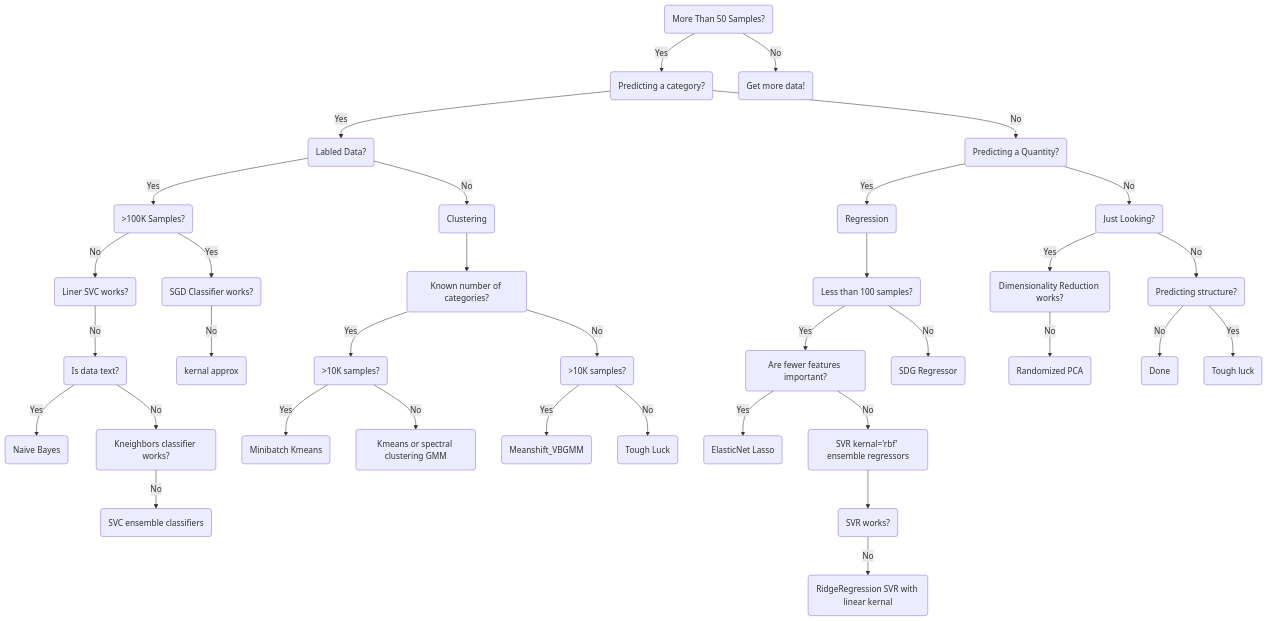
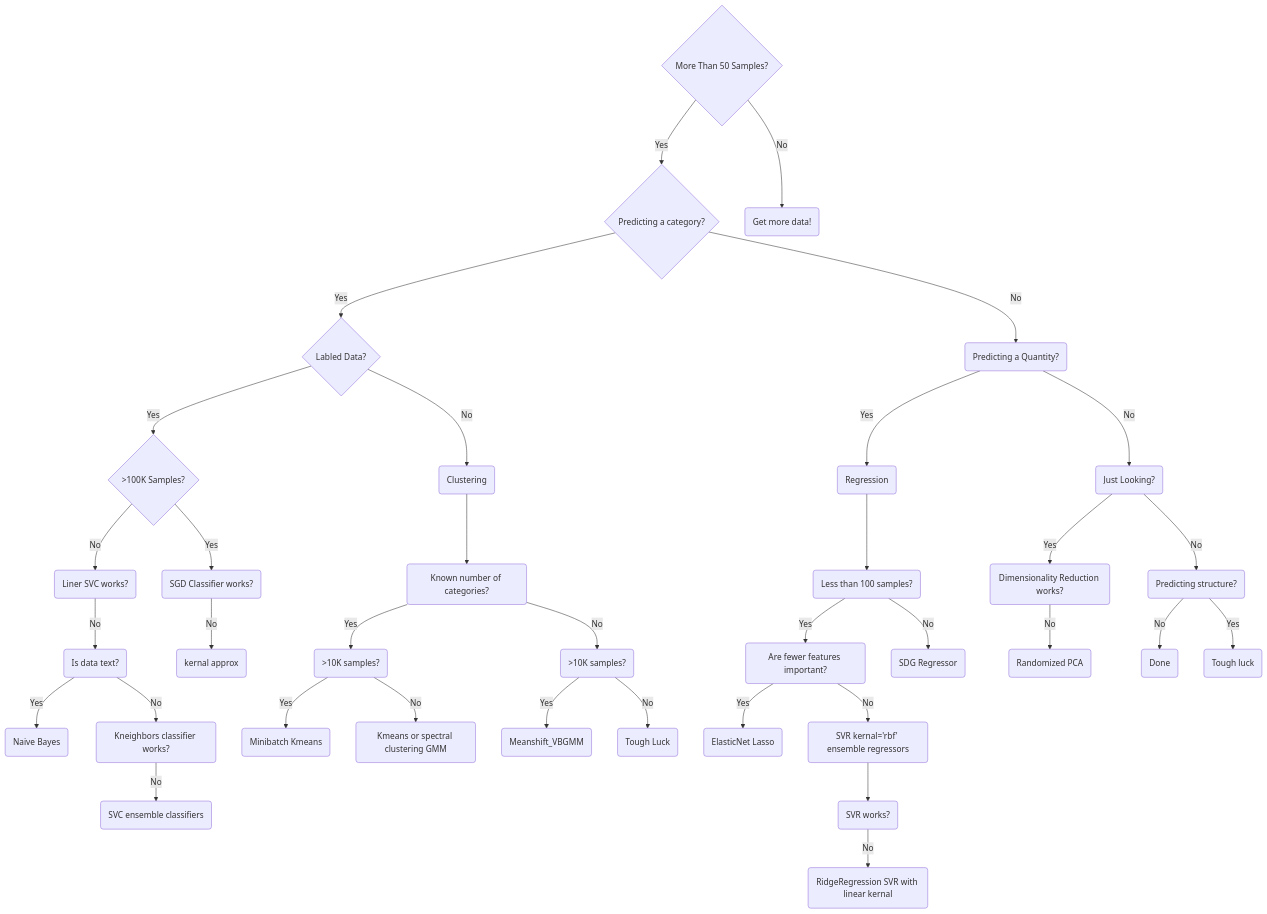
The diagram in ML_Cheatsheet.md (hwetsman/Public_Notes), drawn with Mermaid before and after one commit.

Commit message:
attempt at diamond format

````diff
--- a/ML_Cheatsheet.md
+++ b/ML_Cheatsheet.md
@@ -1,74 +1,74 @@
 ```mermaid
 flowchart TD
-id1(More Than 50 Samples?)
-  id2(Predicting a category?)
+id1{More Than 50 Samples?}
+  id2{Predicting a category?}
     id1-->|Yes|id2
-    id4(Labled Data?)
+    id4{Labled Data?}
       id2-->|Yes|id4
-      id6(>100K Samples?)
+      id6{>100K Samples?}
         id4-->|Yes|id6
         id14(Clustering)
         id15(Known number of categories?)
           id16(>10K samples?)
           id17(>10K samples?)
           id15-->|Yes|id16
             id20(Meanshift_VBGMM)
             id98(Tough Luck)
             id17-->|Yes|id20
             id17-->|No|id98
           id15-->|No|id17
             id18(Minibatch Kmeans)
             id19(Kmeans or spectral clustering GMM)
             id16-->|Yes|id18
             id16-->|No|id19
         id14-->id15
         id4-->|No|id14
         id7(Liner SVC works?)
         id6-->|No|id7
         id8(SGD Classifier works?)
           id13(kernal approx)
           id8-->|No|id13
         id6-->|Yes|id8
           id9(Is data text?)
           id7-->|No|id9
             id10(Naive Bayes)
             id9-->|Yes|id10
             id11(Kneighbors classifier works?)
             id9-->|No|id11
               id12(SVC ensemble classifiers)
               id11-->|No|id12
               id99(Done)
 
     id5(Predicting a Quantity?)
       id2-->|No|id5
       id30(Regression)
         id32(Less than 100 samples?)
           id33(Are fewer features important?)
             id32-->|Yes|id33
             id34(ElasticNet Lasso)
               id33-->|Yes|id34
             id35(SVR kernal='rbf' ensemble regressors)
               id33-->|No|id35
             id36(SVR works?)
               id35-->id36
             id37(RidgeRegression SVR with linear kernal)
               id36-->|No|id37
         id38(SDG Regressor)
           id32-->|No|id38
       id31(Just Looking?)
         id5-->|Yes|id30
         id30-->id32
         id5-->|No|id31
         id40(Dimensionality Reduction works?)
           id31-->|Yes|id40
         id41(Randomized PCA)
           id40-->|No|id41
         id42(Predicting structure?)
         id31-->|No|id42
           id42-->|No|id99
           id97(Tough luck)
           id42-->|Yes|id97
 
   id3(Get more data!)
     id1-->|No|id3
 ```
````
